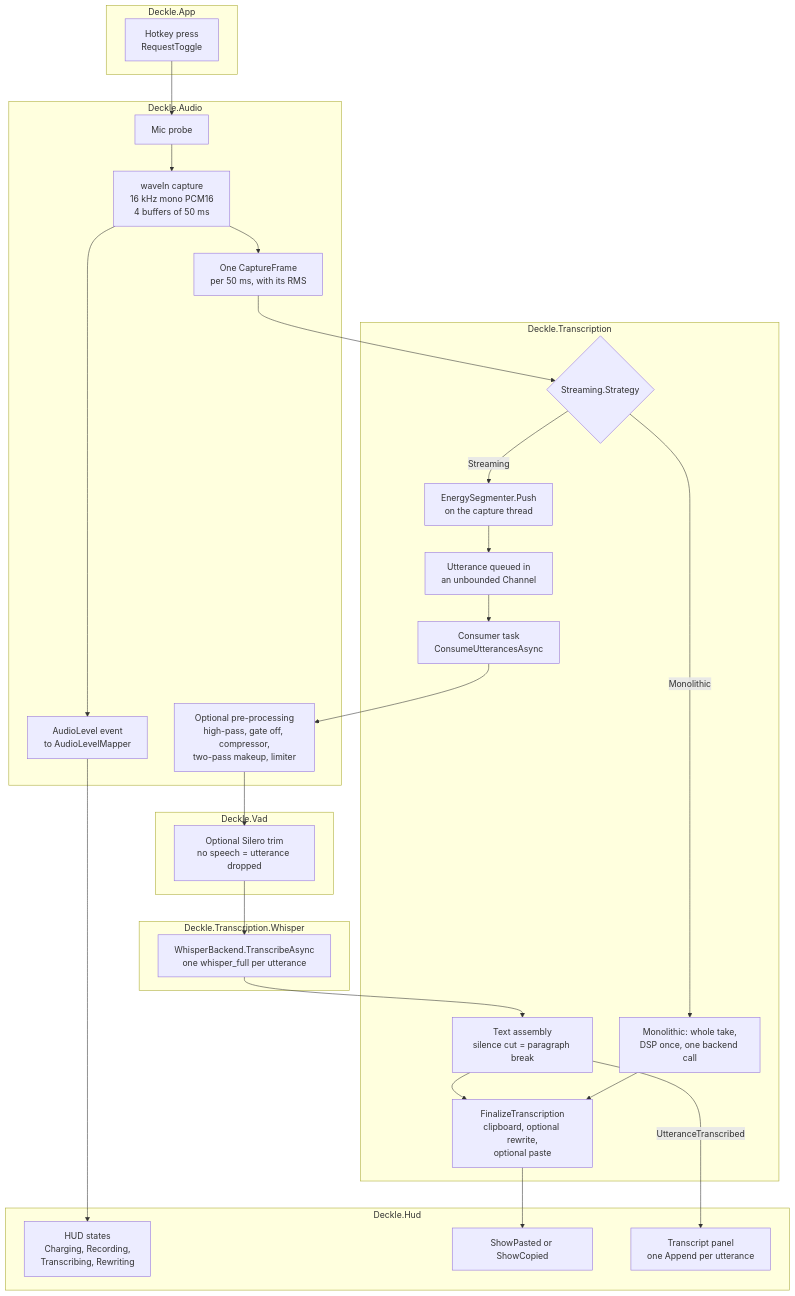
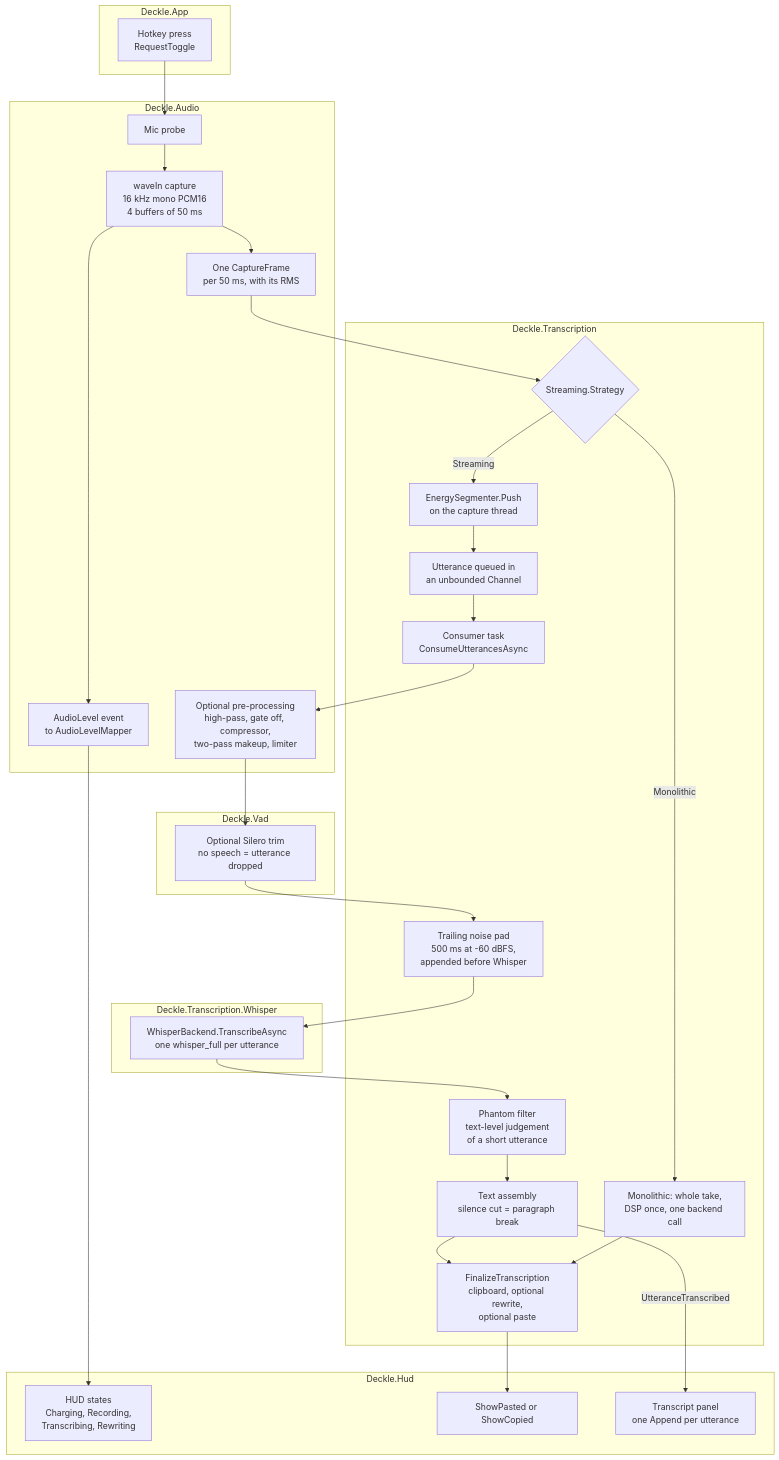
The first of 3 diagrams in docs/transcription-audio-chain.md (louisfifre/deckle), drawn with Mermaid before and after one commit. The commit also changed other lines of this file and 1 other file, not shown here.

````diff
--- a/docs/transcription-audio-chain.md
+++ b/docs/transcription-audio-chain.md
@@ -36,46 +36,48 @@
 ```mermaid
 flowchart TD
     subgraph APP["Deckle.App"]
         HK["Hotkey press<br/>RequestToggle"]
     end
 
     subgraph AUDIO["Deckle.Audio"]
         PROBE["Mic probe"]
         CAP["waveIn capture<br/>16 kHz mono PCM16<br/>4 buffers of 50 ms"]
         FRAME["One CaptureFrame<br/>per 50 ms, with its RMS"]
         LEVEL["AudioLevel event<br/>to AudioLevelMapper"]
         DSP["Optional pre-processing<br/>high-pass, gate off, compressor,<br/>two-pass makeup, limiter"]
     end
 
     subgraph TRANS["Deckle.Transcription"]
         FORK{"Streaming.Strategy"}
         SEG["EnergySegmenter.Push<br/>on the capture thread"]
         CHAN["Utterance queued in<br/>an unbounded Channel"]
         CONS["Consumer task<br/>ConsumeUtterancesAsync"]
+        PAD["Trailing noise pad<br/>500 ms at -60 dBFS,<br/>appended before Whisper"]
+        PHANTOM["Phantom filter<br/>text-level judgement<br/>of a short utterance"]
         ASSEMBLE["Text assembly<br/>silence cut = paragraph break"]
         MONO["Monolithic: whole take,<br/>DSP once, one backend call"]
         FIN["FinalizeTranscription<br/>clipboard, optional rewrite,<br/>optional paste"]
     end
 
     subgraph VAD["Deckle.Vad"]
         TRIM["Optional Silero trim<br/>no speech = utterance dropped"]
     end
 
     subgraph WHISPER["Deckle.Transcription.Whisper"]
         ASR["WhisperBackend.TranscribeAsync<br/>one whisper_full per utterance"]
     end
 
     subgraph HUDM["Deckle.Hud"]
         HUD["HUD states<br/>Charging, Recording,<br/>Transcribing, Rewriting"]
         OUT["ShowPasted or ShowCopied"]
         PANEL["Transcript panel<br/>one Append per utterance"]
     end
 
     HK --> PROBE --> CAP --> FRAME --> FORK
     CAP --> LEVEL --> HUD
     FORK -- Streaming --> SEG --> CHAN --> CONS
-    CONS --> DSP --> TRIM --> ASR --> ASSEMBLE --> FIN
+    CONS --> DSP --> TRIM --> PAD --> ASR --> PHANTOM --> ASSEMBLE --> FIN
     ASSEMBLE -- UtteranceTranscribed --> PANEL
     FORK -- Monolithic --> MONO --> FIN
     FIN --> OUT
 ```
````
